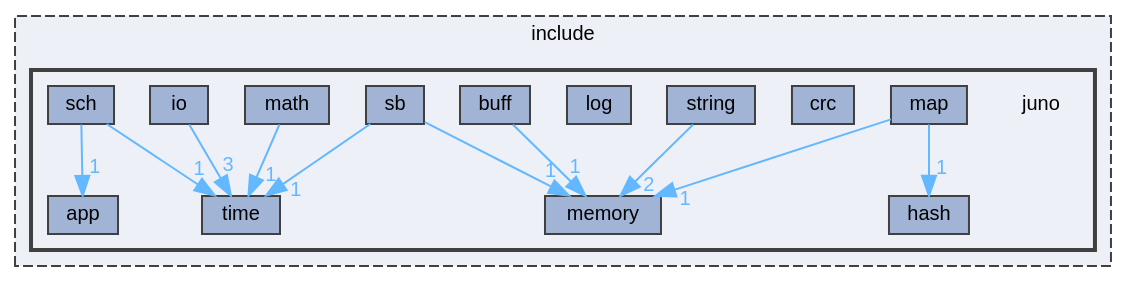
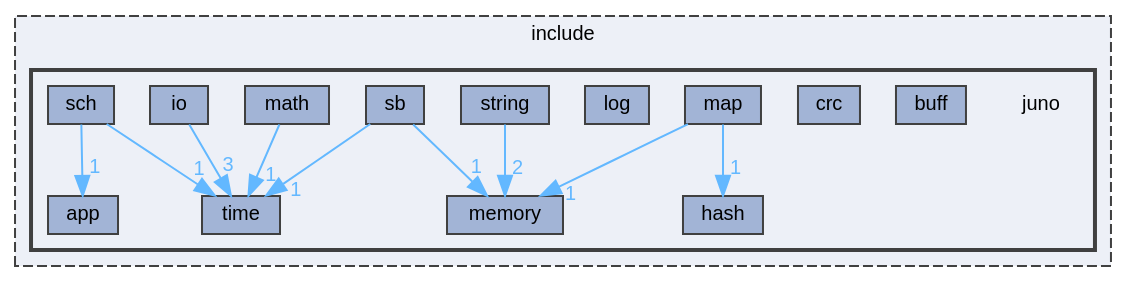
Before and after one commit to robinonsay/libjuno: the diagram in dir_366da5caa8e7ec3e54d94764b6f022bc_dep.dot, drawn with Graphviz. The commit also changed 110 other files, not shown here.

```diff
--- a/dir_366da5caa8e7ec3e54d94764b6f022bc_dep.dot
+++ b/dir_366da5caa8e7ec3e54d94764b6f022bc_dep.dot
@@ -1,38 +1,37 @@
 digraph "/home/runner/work/libjuno/libjuno/include/juno"
 {
  // LATEX_PDF_SIZE
   bgcolor="transparent";
   edge [fontname=Helvetica,fontsize=10,labelfontname=Helvetica,labelfontsize=10];
   node [fontname=Helvetica,fontsize=10,shape=box,height=0.2,width=0.4];
   compound=true
   subgraph clusterdir_d44c64559bbebec7f509842c48db8b23 {
     graph [ bgcolor="#edf0f7", pencolor="grey25", label="include", fontname=Helvetica,fontsize=10 style="filled,dashed", URL="dir_d44c64559bbebec7f509842c48db8b23.html",tooltip=""]
   subgraph clusterdir_366da5caa8e7ec3e54d94764b6f022bc {
     graph [ bgcolor="#edf0f7", pencolor="grey25", label="", fontname=Helvetica,fontsize=10 style="filled,bold", URL="dir_366da5caa8e7ec3e54d94764b6f022bc.html",tooltip=""]
     dir_366da5caa8e7ec3e54d94764b6f022bc [shape=plaintext, label="juno"];
   dir_ea3a8427487b97ef3e7ab80966e647b0 [label="app", fillcolor="#a2b4d6", color="grey25", style="filled", URL="dir_ea3a8427487b97ef3e7ab80966e647b0.html",tooltip=""];
   dir_fc6384f358b29864859f2bbee3a4bf64 [label="buff", fillcolor="#a2b4d6", color="grey25", style="filled", URL="dir_fc6384f358b29864859f2bbee3a4bf64.html",tooltip=""];
   dir_ef6da05dc0c67d385894f0e12ffbb82b [label="crc", fillcolor="#a2b4d6", color="grey25", style="filled", URL="dir_ef6da05dc0c67d385894f0e12ffbb82b.html",tooltip=""];
   dir_19d249a700c11f44389cb05327db4a5b [label="hash", fillcolor="#a2b4d6", color="grey25", style="filled", URL="dir_19d249a700c11f44389cb05327db4a5b.html",tooltip=""];
   dir_2214acb517c776811661c93fb7ef90d4 [label="io", fillcolor="#a2b4d6", color="grey25", style="filled", URL="dir_2214acb517c776811661c93fb7ef90d4.html",tooltip=""];
   dir_11c3f99e4b1d38bfc7e28e7b668b733a [label="log", fillcolor="#a2b4d6", color="grey25", style="filled", URL="dir_11c3f99e4b1d38bfc7e28e7b668b733a.html",tooltip=""];
   dir_7d134b198f51d759fae4dbc0397c07cc [label="map", fillcolor="#a2b4d6", color="grey25", style="filled", URL="dir_7d134b198f51d759fae4dbc0397c07cc.html",tooltip=""];
   dir_2c37035c1b62d409545a5c019526896e [label="math", fillcolor="#a2b4d6", color="grey25", style="filled", URL="dir_2c37035c1b62d409545a5c019526896e.html",tooltip=""];
   dir_0ab7105f8cccca84cc3ec63bc4b5970d [label="memory", fillcolor="#a2b4d6", color="grey25", style="filled", URL="dir_0ab7105f8cccca84cc3ec63bc4b5970d.html",tooltip=""];
   dir_a9edbd5fb0b74fbe5ba0514afbd43adb [label="sb", fillcolor="#a2b4d6", color="grey25", style="filled", URL="dir_a9edbd5fb0b74fbe5ba0514afbd43adb.html",tooltip=""];
   dir_a87a937333967b7feacfc3c804d7d70c [label="sch", fillcolor="#a2b4d6", color="grey25", style="filled", URL="dir_a87a937333967b7feacfc3c804d7d70c.html",tooltip=""];
   dir_1ee06b418de2fbaa3d5b1443d2d582cb [label="string", fillcolor="#a2b4d6", color="grey25", style="filled", URL="dir_1ee06b418de2fbaa3d5b1443d2d582cb.html",tooltip=""];
   dir_f7826cb483c41652a57f47c29e86de5a [label="time", fillcolor="#a2b4d6", color="grey25", style="filled", URL="dir_f7826cb483c41652a57f47c29e86de5a.html",tooltip=""];
   }
   }
-  dir_fc6384f358b29864859f2bbee3a4bf64->dir_0ab7105f8cccca84cc3ec63bc4b5970d [headlabel="1", labeldistance=1.5 headhref="dir_000001_000011.html" href="dir_000001_000011.html" color="steelblue1" fontcolor="steelblue1"];
   dir_2214acb517c776811661c93fb7ef90d4->dir_f7826cb483c41652a57f47c29e86de5a [headlabel="3", labeldistance=1.5 headhref="dir_000006_000016.html" href="dir_000006_000016.html" color="steelblue1" fontcolor="steelblue1"];
   dir_7d134b198f51d759fae4dbc0397c07cc->dir_0ab7105f8cccca84cc3ec63bc4b5970d [headlabel="1", labeldistance=1.5 headhref="dir_000009_000011.html" href="dir_000009_000011.html" color="steelblue1" fontcolor="steelblue1"];
   dir_7d134b198f51d759fae4dbc0397c07cc->dir_19d249a700c11f44389cb05327db4a5b [headlabel="1", labeldistance=1.5 headhref="dir_000009_000004.html" href="dir_000009_000004.html" color="steelblue1" fontcolor="steelblue1"];
   dir_2c37035c1b62d409545a5c019526896e->dir_f7826cb483c41652a57f47c29e86de5a [headlabel="1", labeldistance=1.5 headhref="dir_000010_000016.html" href="dir_000010_000016.html" color="steelblue1" fontcolor="steelblue1"];
   dir_a9edbd5fb0b74fbe5ba0514afbd43adb->dir_0ab7105f8cccca84cc3ec63bc4b5970d [headlabel="1", labeldistance=1.5 headhref="dir_000012_000011.html" href="dir_000012_000011.html" color="steelblue1" fontcolor="steelblue1"];
   dir_a9edbd5fb0b74fbe5ba0514afbd43adb->dir_f7826cb483c41652a57f47c29e86de5a [headlabel="1", labeldistance=1.5 headhref="dir_000012_000016.html" href="dir_000012_000016.html" color="steelblue1" fontcolor="steelblue1"];
   dir_a87a937333967b7feacfc3c804d7d70c->dir_ea3a8427487b97ef3e7ab80966e647b0 [headlabel="1", labeldistance=1.5 headhref="dir_000013_000000.html" href="dir_000013_000000.html" color="steelblue1" fontcolor="steelblue1"];
   dir_a87a937333967b7feacfc3c804d7d70c->dir_f7826cb483c41652a57f47c29e86de5a [headlabel="1", labeldistance=1.5 headhref="dir_000013_000016.html" href="dir_000013_000016.html" color="steelblue1" fontcolor="steelblue1"];
   dir_1ee06b418de2fbaa3d5b1443d2d582cb->dir_0ab7105f8cccca84cc3ec63bc4b5970d [headlabel="2", labeldistance=1.5 headhref="dir_000015_000011.html" href="dir_000015_000011.html" color="steelblue1" fontcolor="steelblue1"];
 }
```
